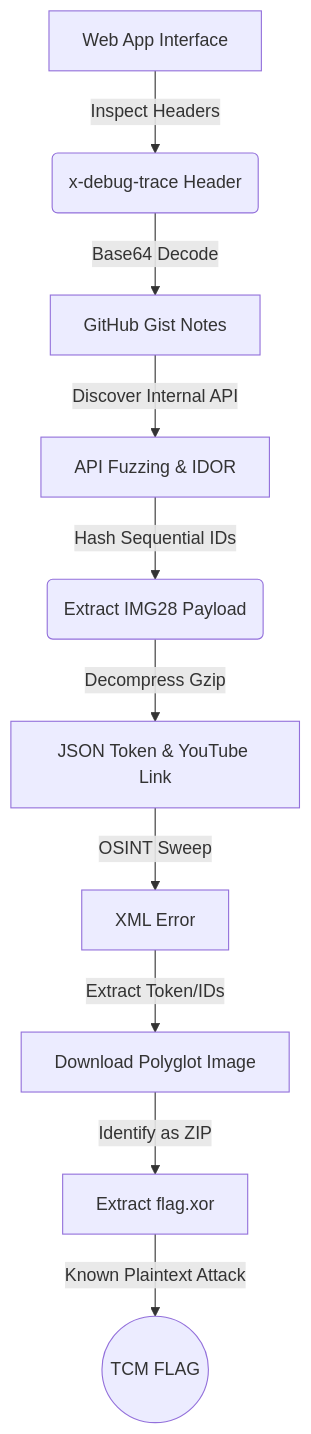
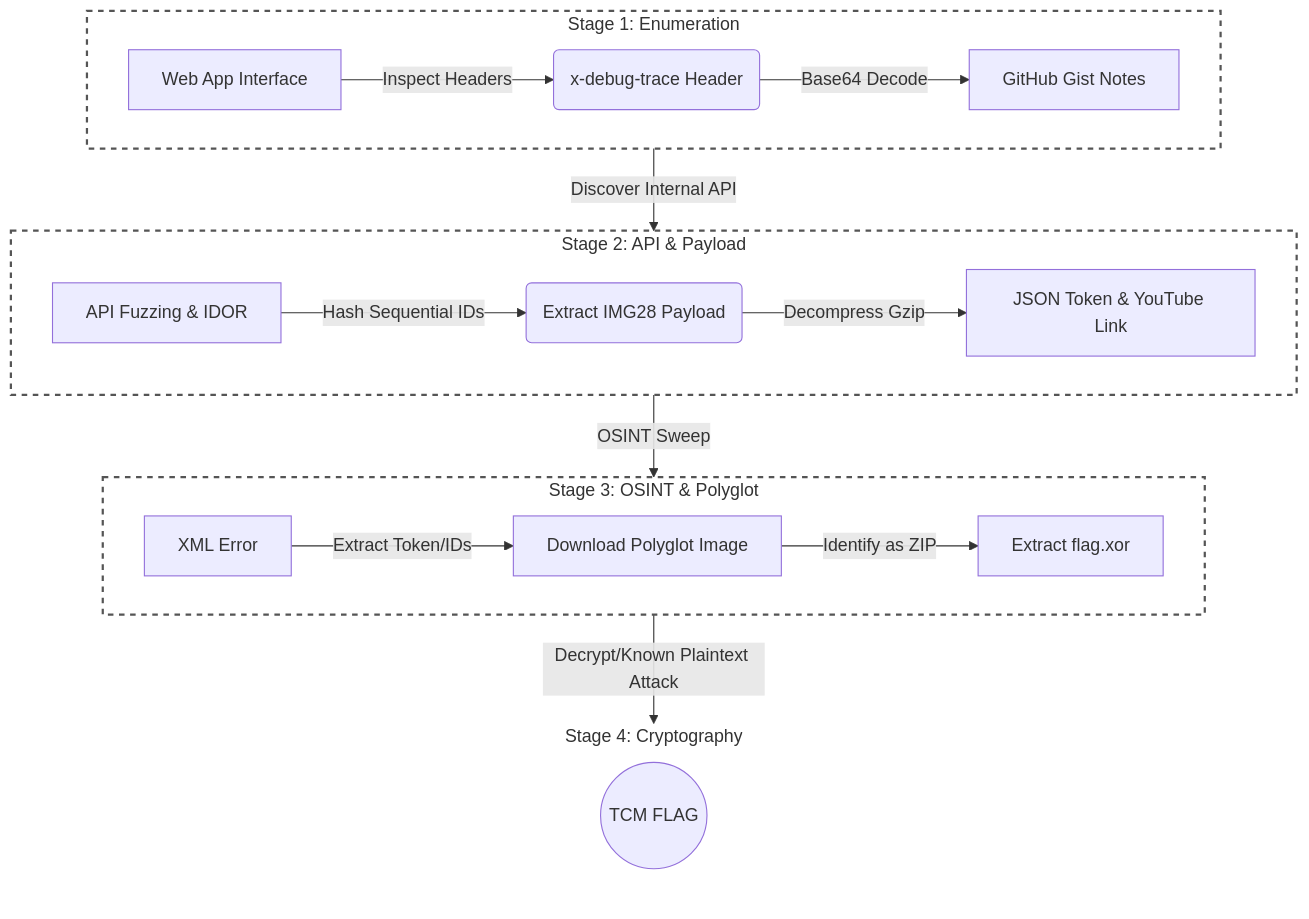
Before and after one commit to AKapaldo/CTF-Writeups: the diagram in TCM_2026/OperationBreadcrumbs/readme.md, drawn with Mermaid.

Commit message:
Revise Operation Breadcrumbs readme with flowchart
Updated attack path visualization with flowchart syntax.

````diff
--- a/TCM_2026/OperationBreadcrumbs/readme.md
+++ b/TCM_2026/OperationBreadcrumbs/readme.md
@@ -26,12 +26,37 @@
 ```mermaid
-graph TD
-    A[Web App Interface] -->|Inspect Headers| B(x-debug-trace Header)
-    B -->|Base64 Decode| C[GitHub Gist Notes]
-    C -->|Discover Internal API| D[API Fuzzing & IDOR]
-    D -->|Hash Sequential IDs| E(Extract IMG28 Payload)
-    E -->|Decompress Gzip| F[JSON Token & YouTube Link]
-    F -->|OSINT Sweep| G[XML Error]
-    G -->|Extract Token/IDs| H[Download Polyglot Image]
-    H -->|Identify as ZIP| I[Extract flag.xor]
-    I -->|Known Plaintext Attack| J((TCM FLAG))
+flowchart TD
+    %% Define the stages as subgraphs and force them to flow Left-to-Right
+    subgraph S1 [Stage 1: Enumeration]
+        direction LR
+        A[Web App Interface] -->|Inspect Headers| B(x-debug-trace Header)
+        B -->|Base64 Decode| C[GitHub Gist Notes]
+    end
+
+    subgraph S2 [Stage 2: API & Payload]
+        direction LR
+        D[API Fuzzing & IDOR] -->|Hash Sequential IDs| E(Extract IMG28 Payload)
+        E -->|Decompress Gzip| F[JSON Token & YouTube Link]
+    end
+
+    subgraph S3 [Stage 3: OSINT & Polyglot]
+        direction LR
+        G[XML Error] -->|Extract Token/IDs| H[Download Polyglot Image]
+        H -->|Identify as ZIP| I[Extract flag.xor]
+    end
+
+    subgraph S4 [Stage 4: Cryptography]
+        direction LR
+        J((TCM FLAG))
+    end
+
+    %% Link the subgraphs directly with the transition labels
+    S1 -->|Discover Internal API| S2
+    S2 -->|OSINT Sweep| S3
+    S3 -->|Decrypt/Known Plaintext Attack| S4
+
+    %% Styling for clean borders
+    style S1 fill:transparent,stroke:#555,stroke-width:2px,stroke-dasharray: 5 5
+    style S2 fill:transparent,stroke:#555,stroke-width:2px,stroke-dasharray: 5 5
+    style S3 fill:transparent,stroke:#555,stroke-width:2px,stroke-dasharray: 5 5
+    style S4 fill:transparent,stroke:none
 ```
````
